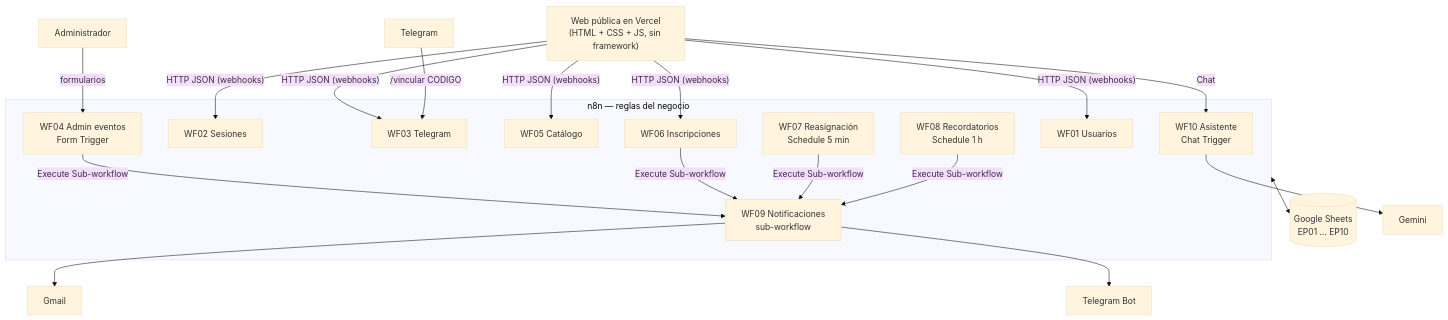
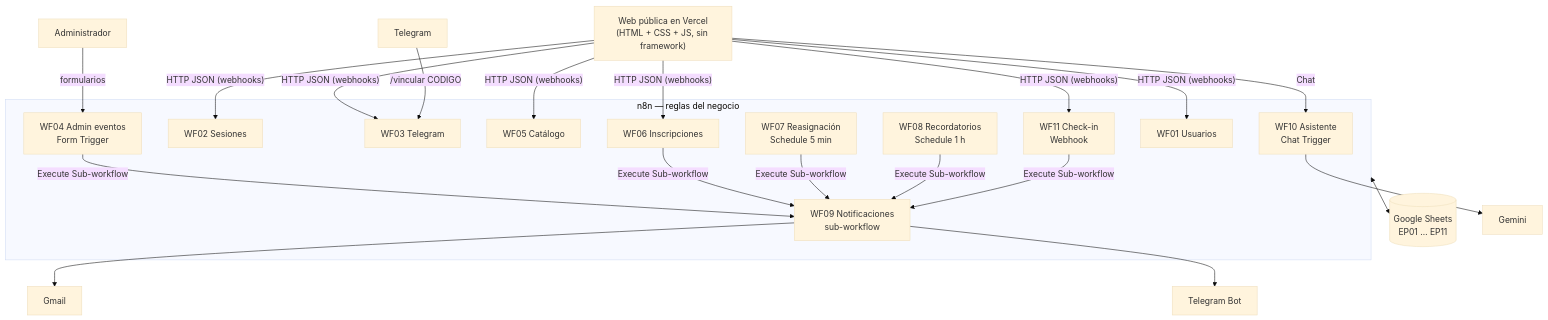
Before and after one commit to Mariangel106/Evenpass: the first of 2 diagrams in README.md, drawn with Mermaid (base theme). The commit also changed other lines of this file and 10 other files, not shown here.

````diff
--- a/README.md
+++ b/README.md
@@ -53,20 +55,21 @@
 ```mermaid
 flowchart TD
     W["Web pública en Vercel<br/>(HTML + CSS + JS, sin framework)"]
     subgraph N8N["n8n — reglas del negocio"]
       WF01[WF01 Usuarios] & WF02[WF02 Sesiones] & WF03[WF03 Telegram] & WF05[WF05 Catálogo] & WF06[WF06 Inscripciones]
       WF04[WF04 Admin eventos<br/>Form Trigger]
       WF07[WF07 Reasignación<br/>Schedule 5 min] & WF08[WF08 Recordatorios<br/>Schedule 1 h]
       WF09[WF09 Notificaciones<br/>sub-workflow]
       WF10[WF10 Asistente<br/>Chat Trigger]
+      WF11[WF11 Check-in<br/>Webhook]
     end
-    GS[(Google Sheets<br/>EP01 … EP10)]
-    W -- "HTTP JSON (webhooks)" --> WF01 & WF02 & WF03 & WF05 & WF06
+    GS[(Google Sheets<br/>EP01 … EP11)]
+    W -- "HTTP JSON (webhooks)" --> WF01 & WF02 & WF03 & WF05 & WF06 & WF11
     W -- "Chat" --> WF10
     ADM[Administrador] -- formularios --> WF04
     TG[Telegram] -- "/vincular CODIGO" --> WF03
-    WF04 & WF06 & WF07 & WF08 -- Execute Sub-workflow --> WF09
+    WF04 & WF06 & WF07 & WF08 & WF11 -- Execute Sub-workflow --> WF09
     WF09 --> GM[Gmail] & TGB[Telegram Bot]
     WF10 --> AI[Gemini]
     N8N <--> GS
 ```
````
